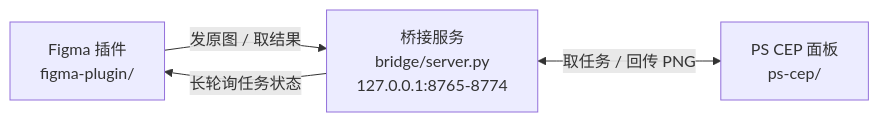
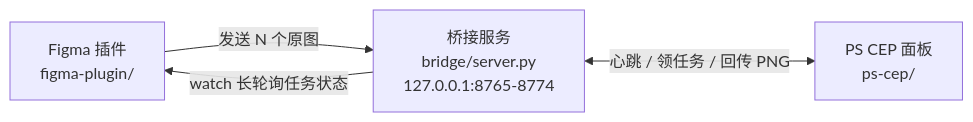
The diagram in README.md (52158278/figma-ps-bridge), drawn with Mermaid before and after one commit. The commit also changed other lines of this file and 2 other files, not shown here.

````diff
--- a/README.md
+++ b/README.md
@@ -26,6 +50,6 @@
 ```mermaid
 graph LR
-  A["Figma 插件<br/>figma-plugin/"] -->|发原图 / 取结果| B["桥接服务<br/>bridge/server.py<br/>127.0.0.1:8765-8774"]
-  B -->|长轮询任务状态| A
-  B <-->|取任务 / 回传 PNG| C["PS CEP 面板<br/>ps-cep/"]
+  A["Figma 插件<br/>figma-plugin/"] -->|发送 N 个原图| B["桥接服务<br/>bridge/server.py<br/>127.0.0.1:8765-8774"]
+  B -->|watch 长轮询任务状态| A
+  B <-->|心跳 / 领任务 / 回传 PNG| C["PS CEP 面板<br/>ps-cep/"]
 ```
````
